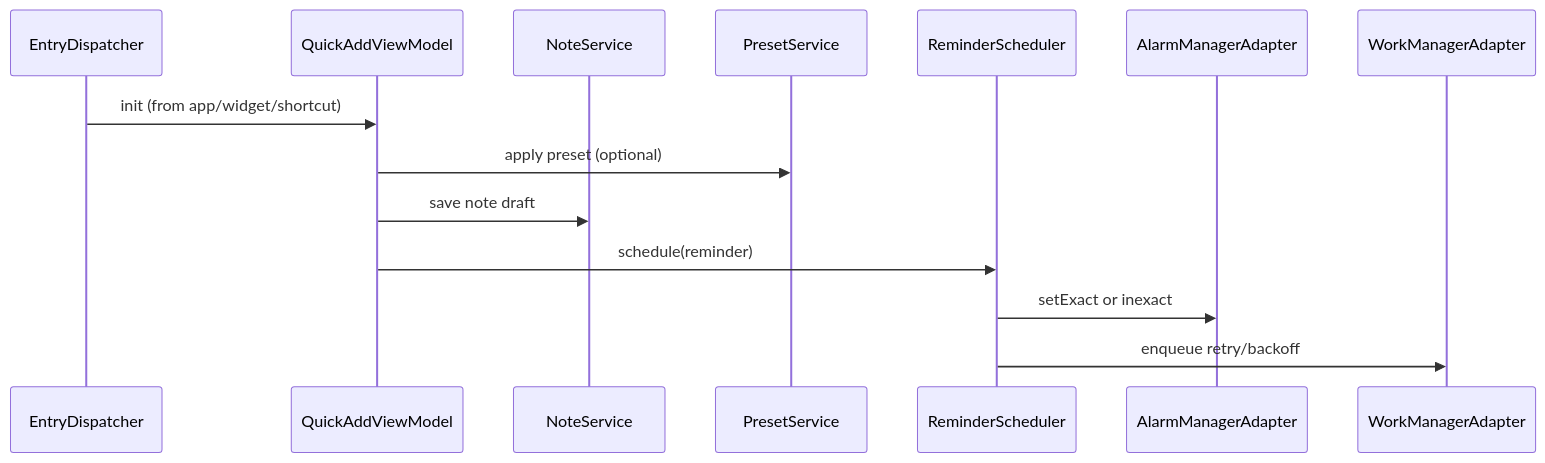
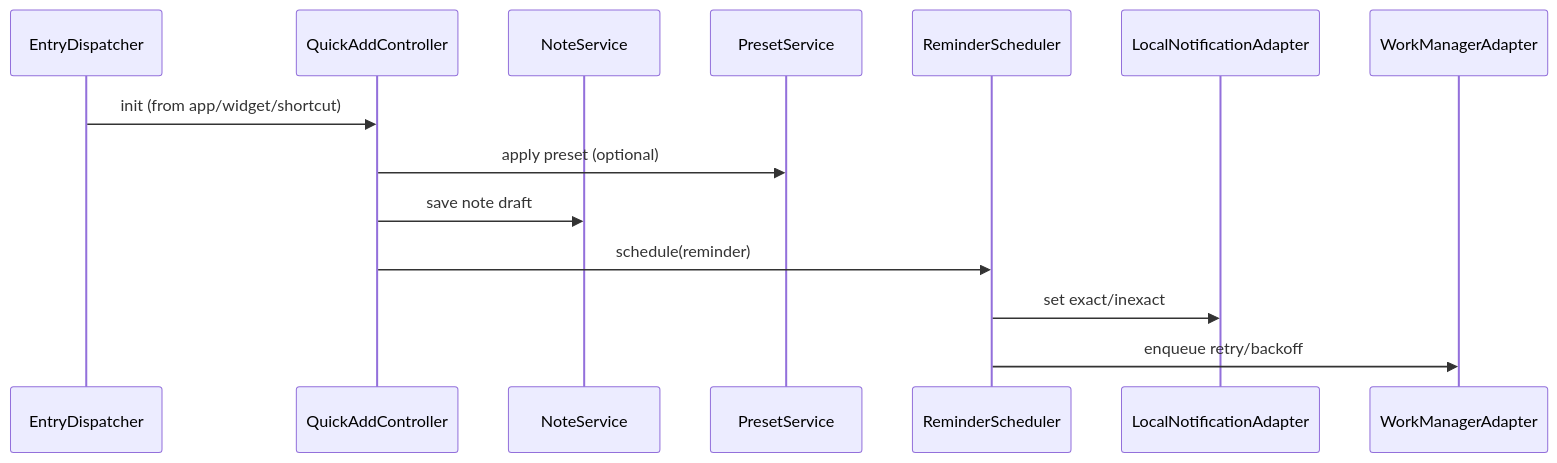
Before and after one commit to OMEGA-himajin/FlickMemo: the second of 2 diagrams in .kiro/specs/flickmemo/design.md, drawn with Mermaid. The commit also changed other lines of this file and 2 other files, not shown here.

````diff
--- a/.kiro/specs/flickmemo/design.md
+++ b/.kiro/specs/flickmemo/design.md
@@ -75,17 +75,17 @@
 ```mermaid
 sequenceDiagram
     participant Entry as EntryDispatcher
-    participant VM as QuickAddViewModel
+    participant VM as QuickAddController
     participant NoteSvc as NoteService
     participant PresetSvc as PresetService
     participant Sched as ReminderScheduler
-    participant Alarm as AlarmManagerAdapter
+    participant Notify as LocalNotificationAdapter
     participant Work as WorkManagerAdapter
 
     Entry->>VM: init (from app/widget/shortcut)
     VM->>PresetSvc: apply preset (optional)
     VM->>NoteSvc: save note draft
     VM->>Sched: schedule(reminder)
-    Sched->>Alarm: setExact or inexact
+    Sched->>Notify: set exact/inexact
     Sched->>Work: enqueue retry/backoff
 ```
````
